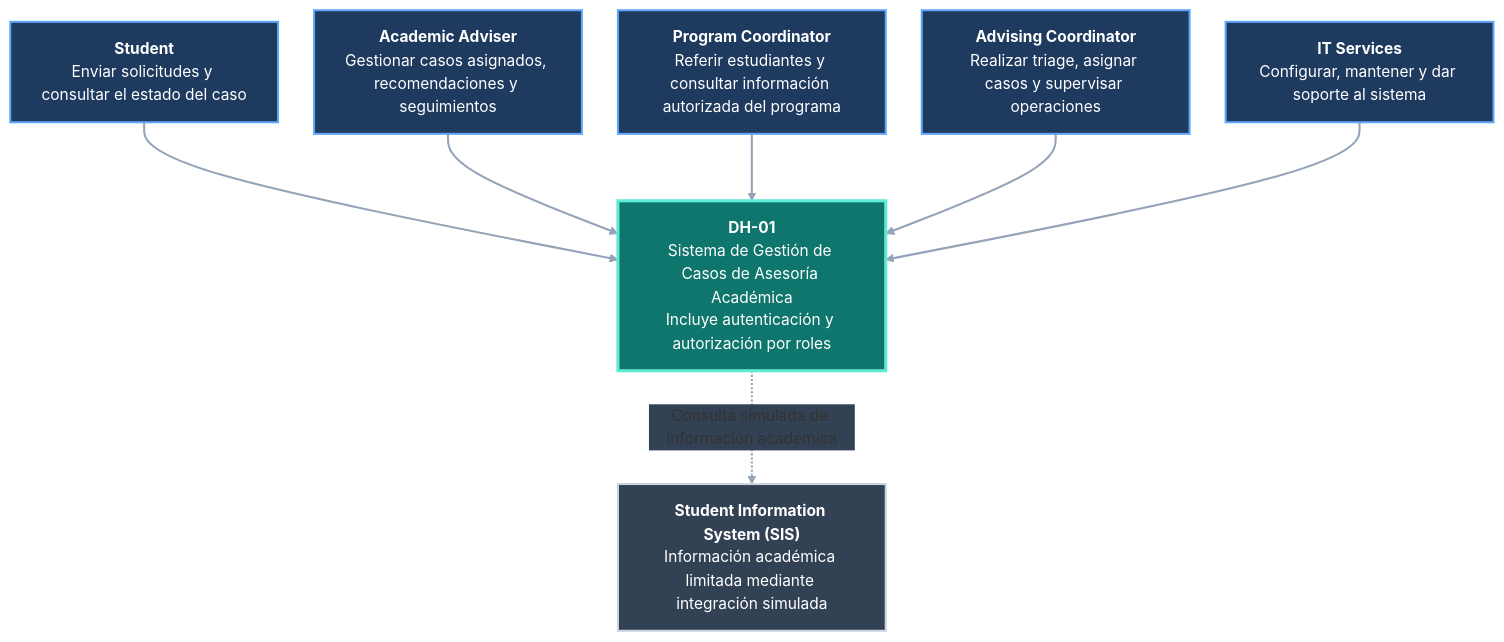
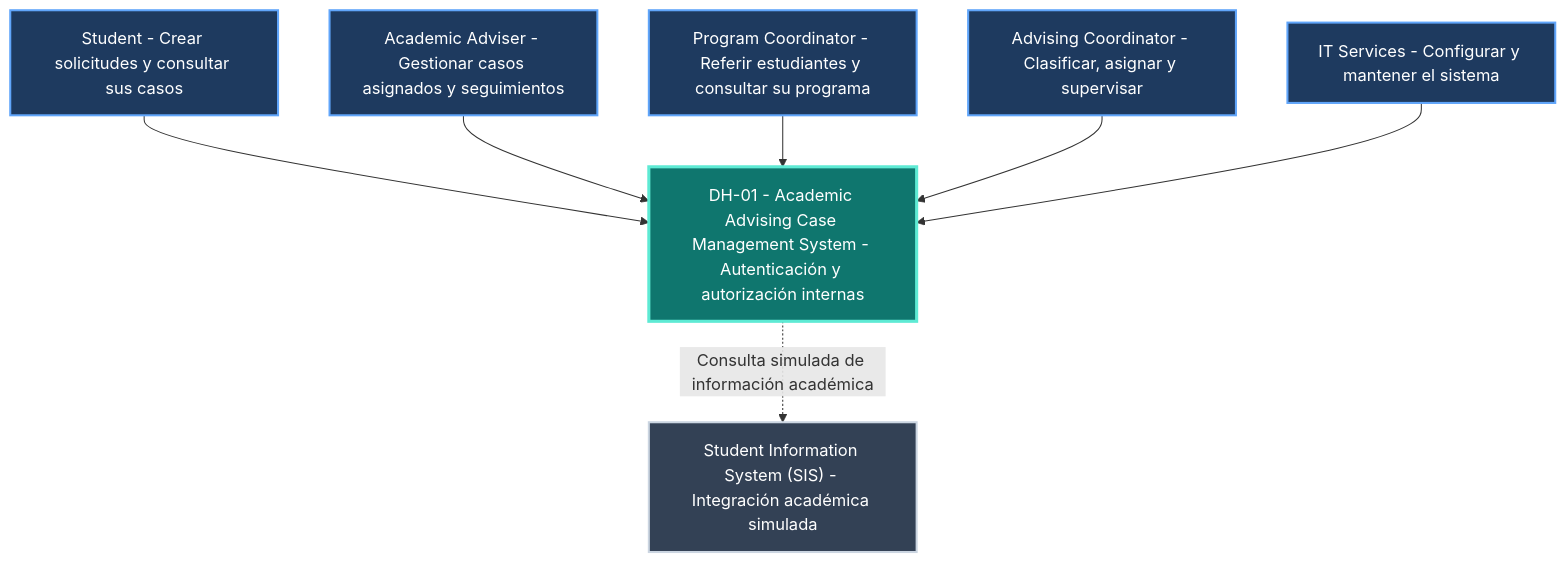
Before and after one commit to Nayea29/dh01-academic-advising: the diagram in docs/evaluation-2/views/system-context.md, drawn with Mermaid. The commit also changed other lines of this file and 29 other files, not shown here.

Commit message:
docs: complete Evaluation 2 architecture and design documentation

````diff
--- a/docs/evaluation-2/views/system-context.md
+++ b/docs/evaluation-2/views/system-context.md
@@ -20,43 +22,28 @@
 ```mermaid
-%%{init: {"theme": "base", "themeVariables": {"fontFamily": "Arial", "fontSize": "15px", "lineColor": "#94A3B8", "edgeLabelBackground": "#334155"}, "flowchart": {"nodeSpacing": 35, "rankSpacing": 65, "htmlLabels": true}}}%%
 flowchart TB
-    E["`**Student**
-    Enviar solicitudes y consultar el estado del caso`"]
+    E["Student - Crear solicitudes y consultar sus casos"]
+    AA["Academic Adviser - Gestionar casos asignados y seguimientos"]
+    CP["Program Coordinator - Referir estudiantes y consultar su programa"]
+    CA["Advising Coordinator - Clasificar, asignar y supervisar"]
+    TI["IT Services - Configurar y mantener el sistema"]
 
-    AA["`**Academic Adviser**
-    Gestionar casos asignados, recomendaciones y seguimientos`"]
+    DH01["DH-01 - Academic Advising Case Management System - Autenticación y autorización internas"]
 
-    CP["`**Program Coordinator**
-    Referir estudiantes y consultar información autorizada del programa`"]
-
-    CA["`**Advising Coordinator**
-    Realizar triage, asignar casos y supervisar operaciones`"]
-
-    TI["`**IT Services**
-    Configurar, mantener y dar soporte al sistema`"]
-
-    DH01["`**DH-01**
-    Sistema de Gestión de Casos de Asesoría Académica
-    Incluye autenticación y autorización por roles`"]
-
-    SIS["`**Student Information System (SIS)**
-    Información académica limitada mediante integración simulada`"]
+    SIS["Student Information System (SIS) - Integración académica simulada"]
 
     E --> DH01
     AA --> DH01
     CP --> DH01
     CA --> DH01
     TI --> DH01
 
-    DH01 -.->|"Consulta simulada de información académica"| SIS
+    DH01 -.->|Consulta simulada de información académica| SIS
 
     classDef actor fill:#1E3A5F,stroke:#60A5FA,color:#FFFFFF,stroke-width:2px
     classDef system fill:#0F766E,stroke:#5EEAD4,color:#FFFFFF,stroke-width:3px
     classDef external fill:#334155,stroke:#CBD5E1,color:#FFFFFF,stroke-width:2px
 
     class E,AA,CP,CA,TI actor
     class DH01 system
     class SIS external
-
-    linkStyle default stroke:#94A3B8,stroke-width:2px
 ```
````
